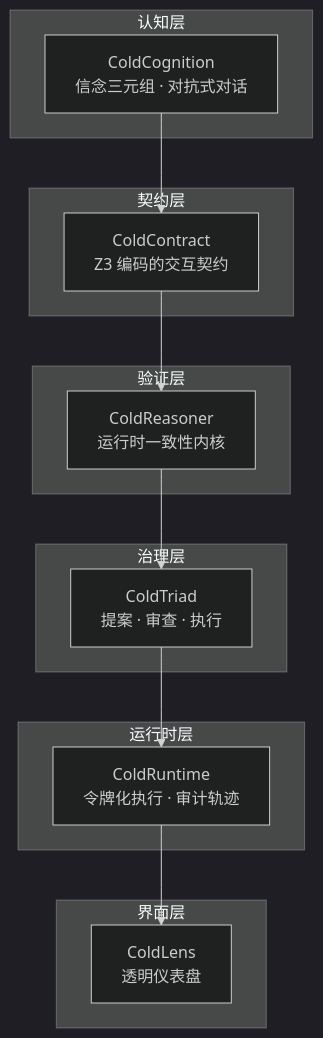
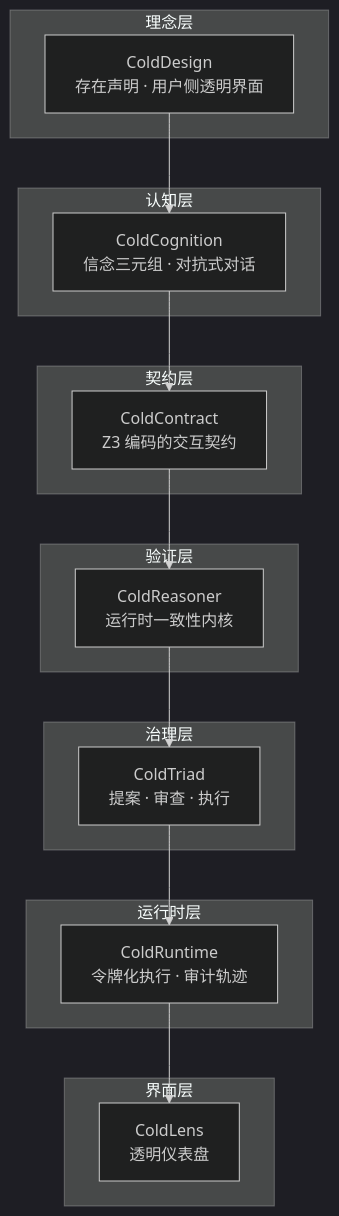
One commit to cold-os/.github changed the diagram in profile/README.zh.md. Above: the diagram before and after it, drawn with Mermaid (dark theme). The commit also changed other lines of this file, not shown here.

````diff
--- a/profile/README.zh.md
+++ b/profile/README.zh.md
@@ -42,22 +42,25 @@
 ```mermaid
 flowchart TD
+    subgraph D0[理念层]
+    G[ColdDesign<br/>存在声明 · 用户侧透明界面]
+    end
     subgraph L1[认知层]
         A[ColdCognition<br/>信念三元组 · 对抗式对话]
     end
     subgraph L2[契约层]
         B[ColdContract<br/>Z3 编码的交互契约]
     end
     subgraph L3[验证层]
         C[ColdReasoner<br/>运行时一致性内核]
     end
     subgraph L4[治理层]
         D[ColdTriad<br/>提案 · 审查 · 执行]
     end
     subgraph L5[运行时层]
         E[ColdRuntime<br/>令牌化执行 · 审计轨迹]
     end
     subgraph L6[界面层]
         F[ColdLens<br/>透明仪表盘]
     end
-    A --> B --> C --> D --> E --> F
+    G --> A --> B --> C --> D --> E --> F
 ```
````
